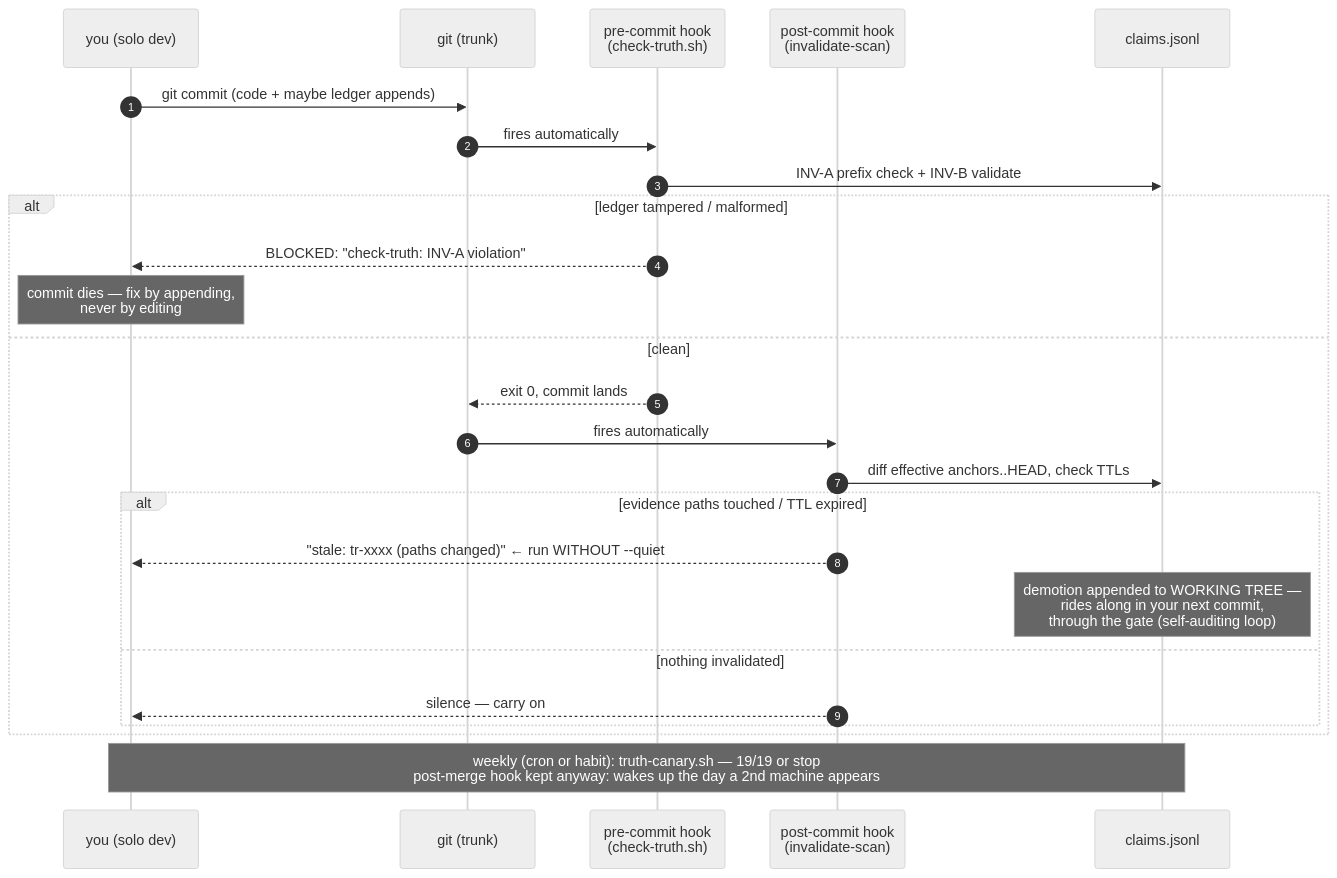
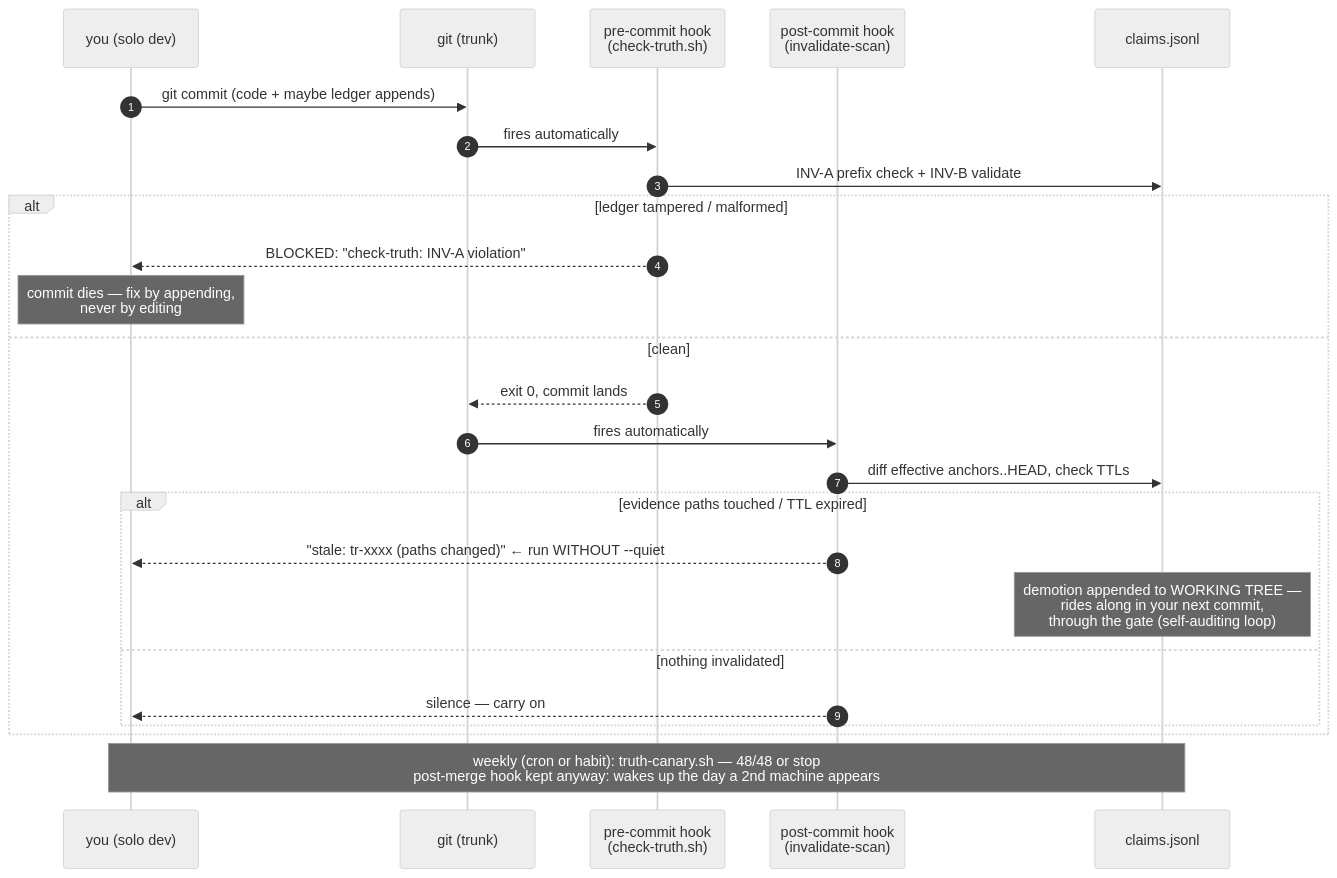
Before and after one commit to m1981/truth-ledger: the second of 4 diagrams in docs/truth-ledger-operations-guide.md, drawn with Mermaid (neutral theme). The commit also changed other lines of this file and 2 other files, not shown here.

````diff
--- a/docs/truth-ledger-operations-guide.md
+++ b/docs/truth-ledger-operations-guide.md
@@ -127,28 +143,28 @@
 ```mermaid
 sequenceDiagram
     autonumber
     participant D as you (solo dev)
     participant G as git (trunk)
     participant PC as pre-commit hook<br/>(check-truth.sh)
     participant POC as post-commit hook<br/>(invalidate-scan)
     participant L as claims.jsonl
 
     D->>G: git commit (code + maybe ledger appends)
     G->>PC: fires automatically
     PC->>L: INV-A prefix check + INV-B validate
     alt ledger tampered / malformed
         PC-->>D: BLOCKED: "check-truth: INV-A violation"
         Note over D: commit dies — fix by appending,<br/>never by editing
     else clean
         PC-->>G: exit 0, commit lands
         G->>POC: fires automatically
         POC->>L: diff effective anchors..HEAD, check TTLs
         alt evidence paths touched / TTL expired
             POC-->>D: "stale: tr-xxxx (paths changed)"  ← run WITHOUT --quiet
             Note over L: demotion appended to WORKING TREE —<br/>rides along in your next commit,<br/>through the gate (self-auditing loop)
         else nothing invalidated
             POC-->>D: silence — carry on
         end
     end
-    Note over D,L: weekly (cron or habit): truth-canary.sh — 19/19 or stop<br/>post-merge hook kept anyway: wakes up the day a 2nd machine appears
+    Note over D,L: weekly (cron or habit): truth-canary.sh — 48/48 or stop<br/>post-merge hook kept anyway: wakes up the day a 2nd machine appears
 ```
````
